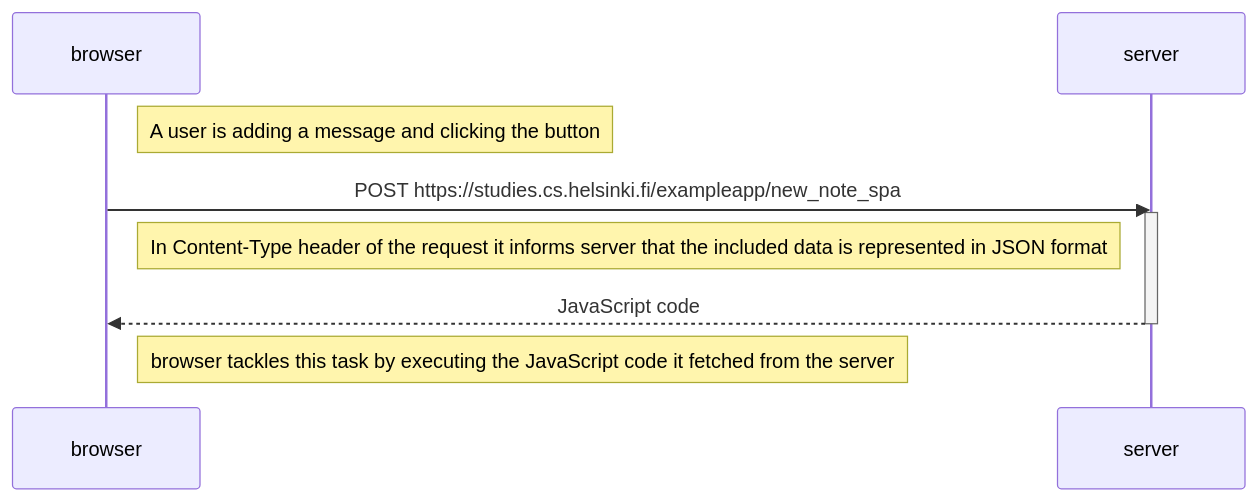
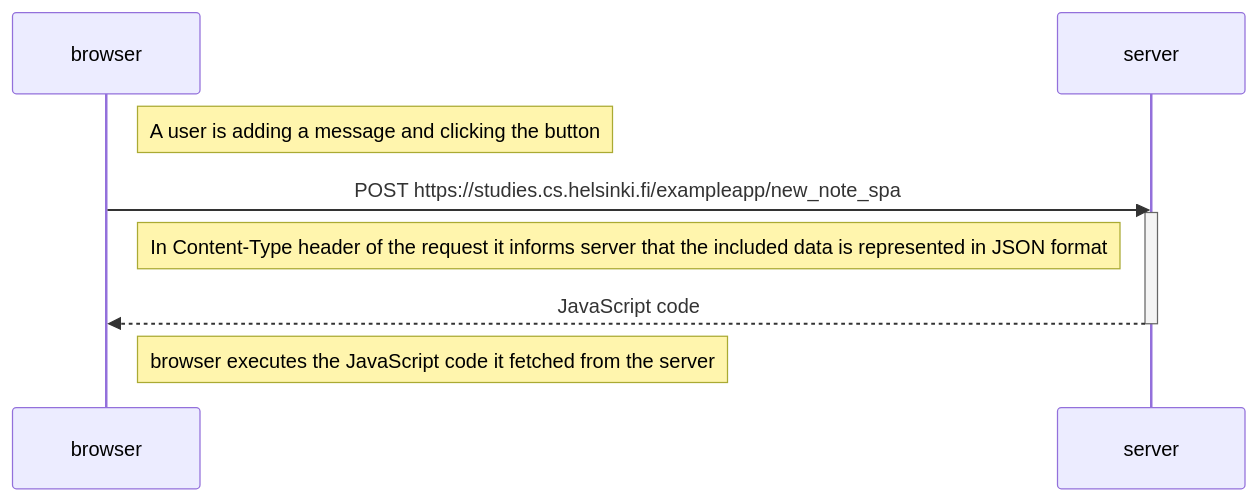
Before and after one commit to karolinakwasny/Full_Stack_open: the diagram in part0/single_page_app_diagram.md, drawn with Mermaid.

Commit message:
0.5 vs 3

````diff
--- a/part0/single_page_app_diagram.md
+++ b/part0/single_page_app_diagram.md
@@ -1,17 +1,17 @@
 ```mermaid
 sequenceDiagram
     participant browser
     participant server
 
     Note right of browser: A user is adding a message and clicking the button
 
     browser->>server: POST https://studies.cs.helsinki.fi/exampleapp/new_note_spa
     activate server
 
     Note right of browser: In Content-Type header of the request it informs server that the included data is represented in JSON format
 
     server-->>browser: JavaScript code
     deactivate server
 
-    Note right of browser: browser tackles this task by executing the JavaScript code it fetched from the server
+    Note right of browser: browser executes the JavaScript code it fetched from the server
 ```
````
